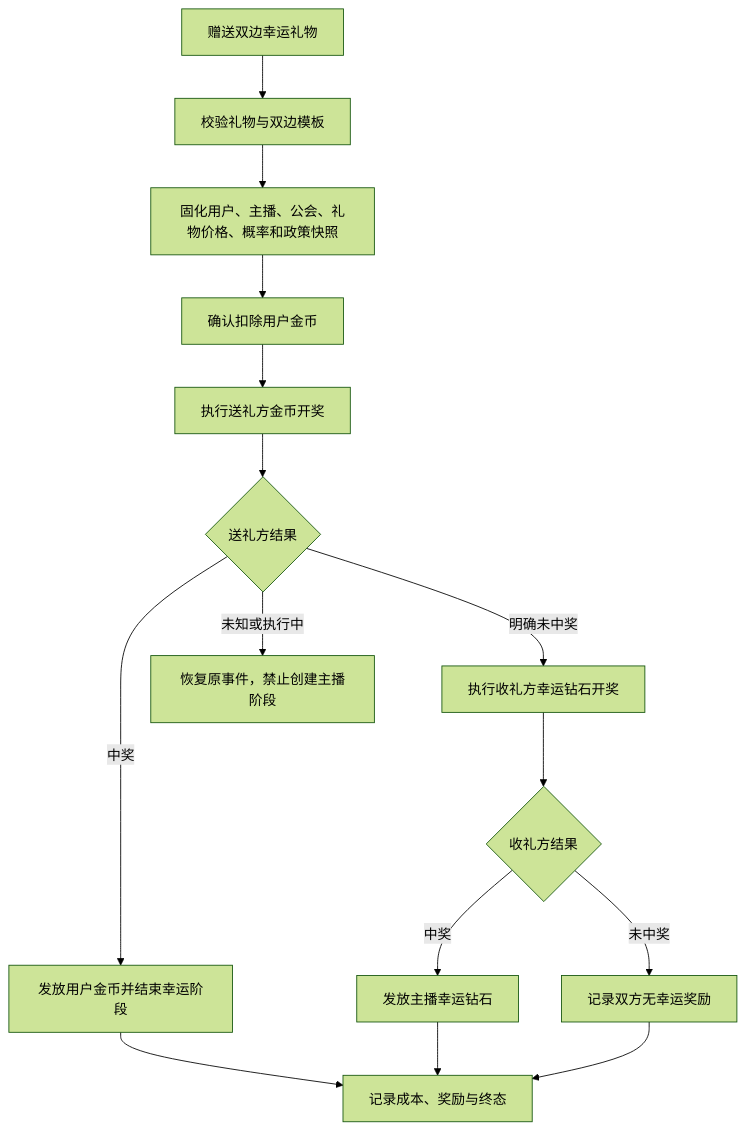
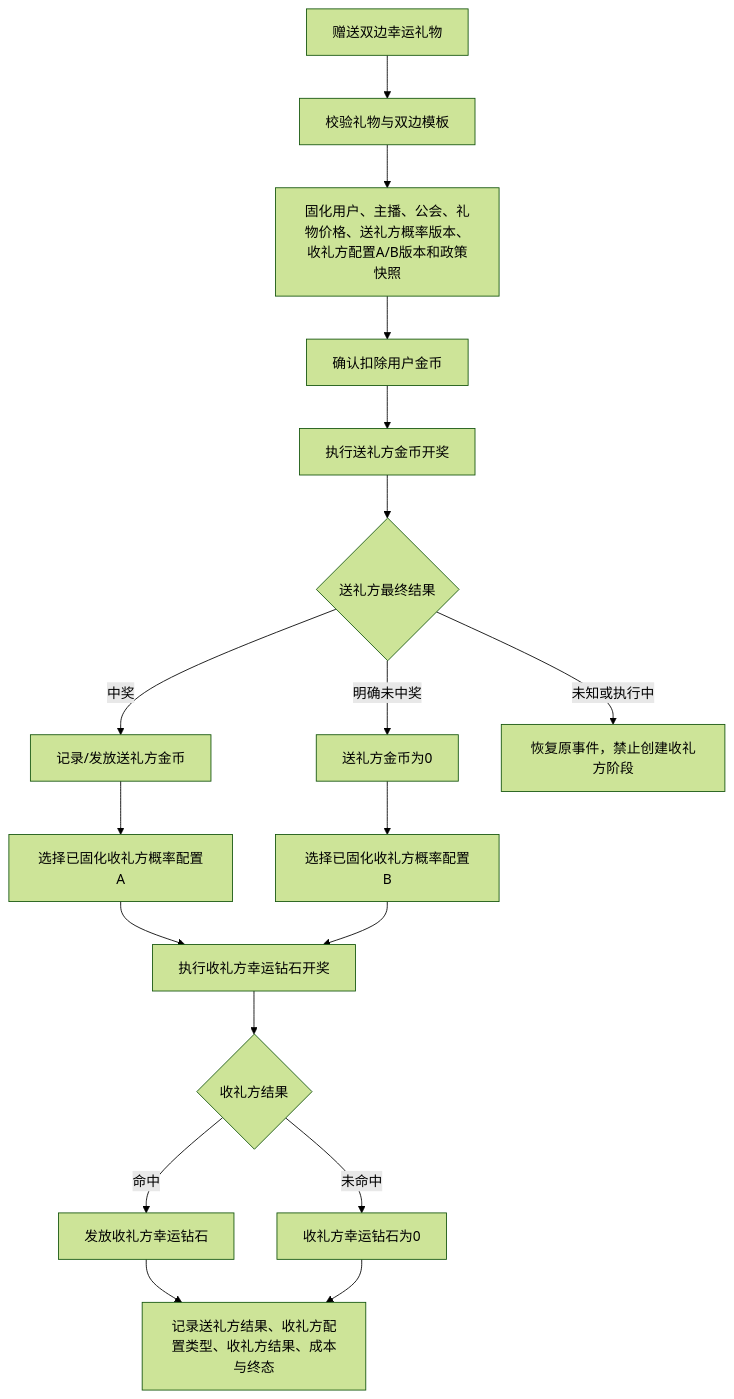
One commit to kocekid/LuckGift1.0 changed the sixth of 7 diagrams in 幸运礼物1.0_核心逻辑需求文档.md. Above: the diagram before and after it, drawn with Mermaid (forest theme). The commit also changed other lines of this file and 2 other files, not shown here.

````diff
--- a/幸运礼物1.0_核心逻辑需求文档.md
+++ b/幸运礼物1.0_核心逻辑需求文档.md
@@ -431,17 +450,20 @@
 ```mermaid
 flowchart TD
     A[赠送双边幸运礼物] --> B[校验礼物与双边模板]
-    B --> C[固化用户、主播、公会、礼物价格、概率和政策快照]
+    B --> C[固化用户、主播、公会、礼物价格、送礼方概率版本、收礼方配置A/B版本和政策快照]
     C --> D[确认扣除用户金币]
     D --> E[执行送礼方金币开奖]
-    E --> F{送礼方结果}
-    F -->|中奖| G[发放用户金币并结束幸运阶段]
-    F -->|明确未中奖| H[执行收礼方幸运钻石开奖]
-    F -->|未知或执行中| I[恢复原事件，禁止创建主播阶段]
-    H --> J{收礼方结果}
-    J -->|中奖| K[发放主播幸运钻石]
-    J -->|未中奖| L[记录双方无幸运奖励]
-    G --> M[记录成本、奖励与终态]
-    K --> M
-    L --> M
+    E --> F{送礼方最终结果}
+    F -->|中奖| G[记录/发放送礼方金币]
+    F -->|明确未中奖| H[送礼方金币为0]
+    F -->|未知或执行中| I[恢复原事件，禁止创建收礼方阶段]
+    G --> J[选择已固化收礼方概率配置A]
+    H --> K[选择已固化收礼方概率配置B]
+    J --> L[执行收礼方幸运钻石开奖]
+    K --> L
+    L --> M{收礼方结果}
+    M -->|命中| N[发放收礼方幸运钻石]
+    M -->|未命中| O[收礼方幸运钻石为0]
+    N --> P[记录送礼方结果、收礼方配置类型、收礼方结果、成本与终态]
+    O --> P
 ```
````
